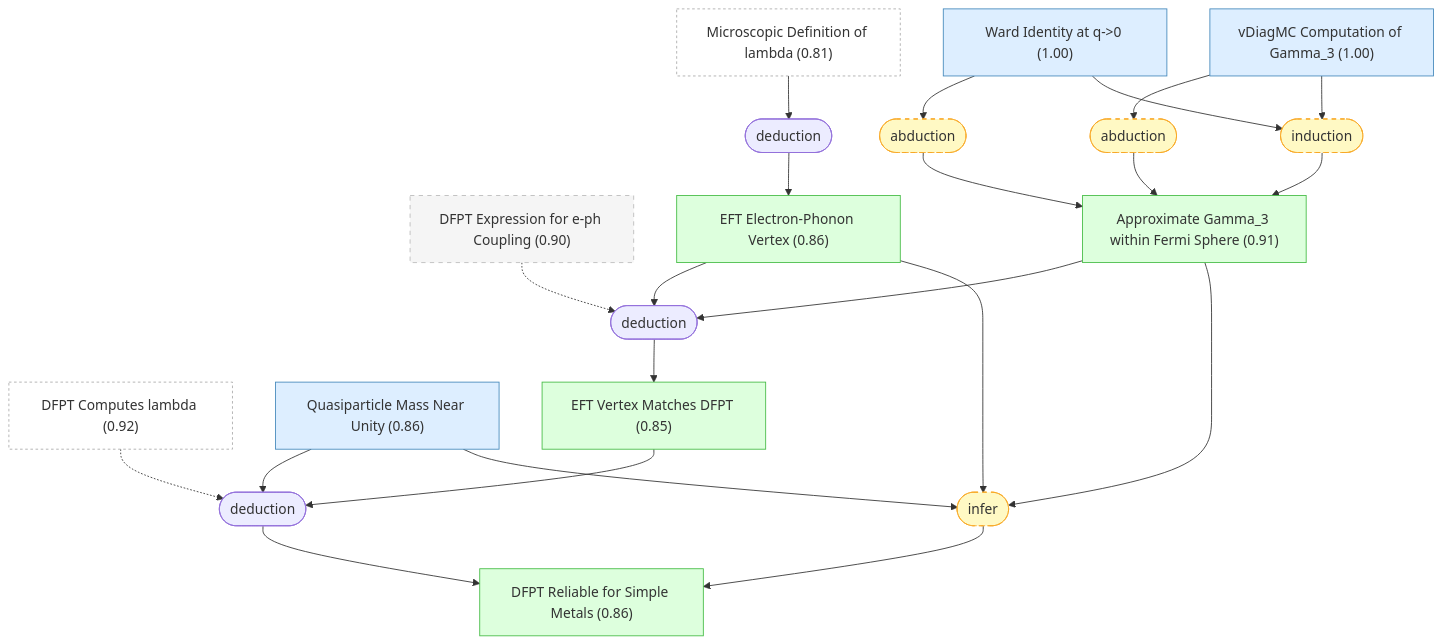
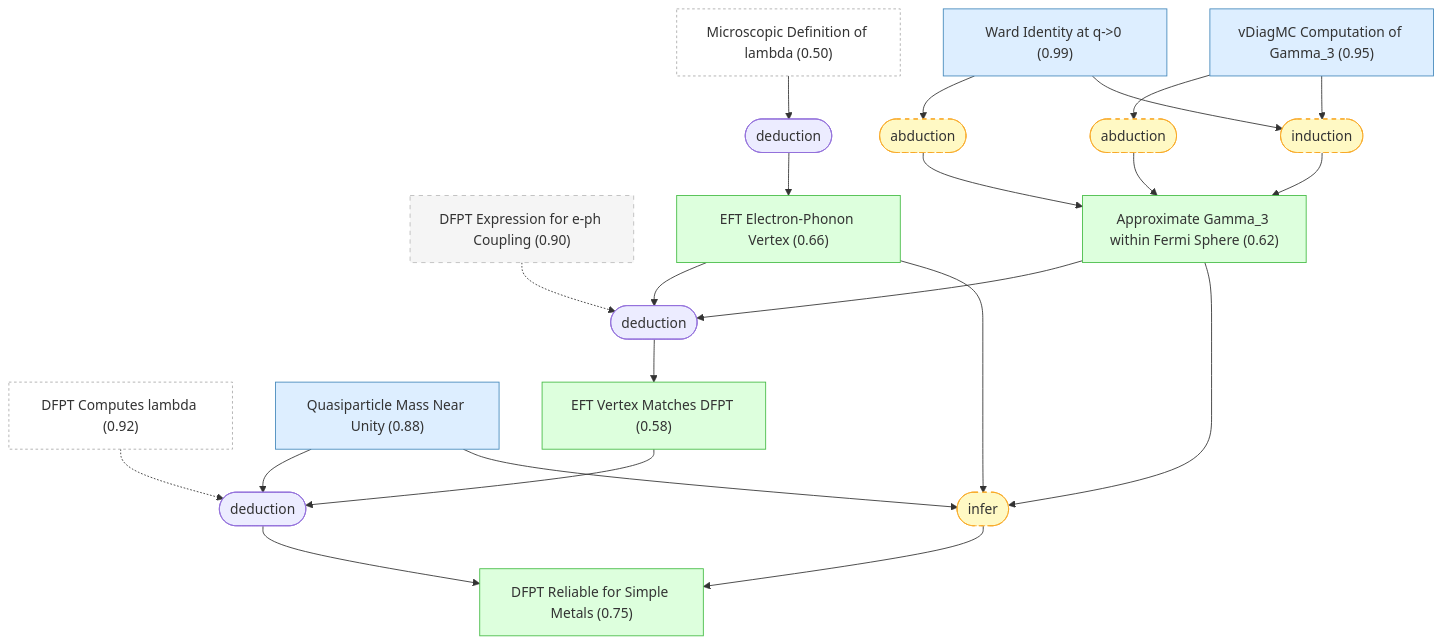
Before and after one commit to kunyuan/SuperconductivityElectronLiquids.gaia: the fifth of 6 diagrams in docs/detailed-reasoning.md, drawn with Mermaid. The commit also changed other lines of this file and 24 other files, not shown here.

````diff
--- a/docs/detailed-reasoning.md
+++ b/docs/detailed-reasoning.md
@@ -598,51 +625,51 @@
 ```mermaid
 graph TD
     dfpt_computes_lambda["DFPT Computes lambda (0.92)"]:::external
-    lambda_microscopic_definition["Microscopic Definition of lambda (0.81)"]:::external
-    ward_identity["Ward Identity at q->0 (1.00)"]:::premise
-    gamma3_vdiagmc["vDiagMC Computation of Gamma_3 (1.00)"]:::premise
+    lambda_microscopic_definition["Microscopic Definition of lambda (0.50)"]:::external
+    ward_identity["Ward Identity at q->0 (0.99)"]:::premise
+    gamma3_vdiagmc["vDiagMC Computation of Gamma_3 (0.95)"]:::premise
     dfpt_eph_ansatz["DFPT Expression for e-ph Coupling (0.90)"]:::background
-    quasiparticle_mass_near_unity["Quasiparticle Mass Near Unity (0.86)"]:::premise
-    eft_eph_vertex["EFT Electron-Phonon Vertex (0.86)"]:::derived
-    gamma3_approximation["Approximate Gamma_3 within Fermi Sphere (0.91)"]:::derived
-    eft_vertex_matches_dfpt["EFT Vertex Matches DFPT (0.85)"]:::derived
-    dfpt_reliable_for_simple_metals["DFPT Reliable for Simple Metals (0.86)"]:::derived
+    quasiparticle_mass_near_unity["Quasiparticle Mass Near Unity (0.88)"]:::premise
+    eft_eph_vertex["EFT Electron-Phonon Vertex (0.66)"]:::derived
+    gamma3_approximation["Approximate Gamma_3 within Fermi Sphere (0.62)"]:::derived
+    eft_vertex_matches_dfpt["EFT Vertex Matches DFPT (0.58)"]:::derived
+    dfpt_reliable_for_simple_metals["DFPT Reliable for Simple Metals (0.75)"]:::derived
     strat_12(["deduction"])
     lambda_microscopic_definition --> strat_12
     strat_12 --> eft_eph_vertex
     strat_13(["abduction"]):::weak
     ward_identity --> strat_13
     strat_13 --> gamma3_approximation
     strat_14(["abduction"]):::weak
     gamma3_vdiagmc --> strat_14
     strat_14 --> gamma3_approximation
     strat_15(["induction"]):::weak
     ward_identity --> strat_15
     gamma3_vdiagmc --> strat_15
     strat_15 --> gamma3_approximation
     strat_16(["deduction"])
     eft_eph_vertex --> strat_16
     gamma3_approximation --> strat_16
     dfpt_eph_ansatz -.-> strat_16
     strat_16 --> eft_vertex_matches_dfpt
     strat_17(["deduction"])
     eft_vertex_matches_dfpt --> strat_17
     quasiparticle_mass_near_unity --> strat_17
     dfpt_computes_lambda -.-> strat_17
     strat_17 --> dfpt_reliable_for_simple_metals
     strat_18(["infer"]):::weak
     eft_eph_vertex --> strat_18
     gamma3_approximation --> strat_18
     quasiparticle_mass_near_unity --> strat_18
     strat_18 --> dfpt_reliable_for_simple_metals
 
     classDef setting fill:#f0f0f0,stroke:#999,color:#333
     classDef premise fill:#ddeeff,stroke:#4488bb,color:#333
     classDef derived fill:#ddffdd,stroke:#44bb44,color:#333
     classDef question fill:#fff3dd,stroke:#cc9944,color:#333
     classDef background fill:#f5f5f5,stroke:#bbb,stroke-dasharray: 5 5,color:#333
     classDef orphan fill:#fff,stroke:#ccc,stroke-dasharray: 5 5,color:#333
     classDef external fill:#fff,stroke:#aaa,stroke-dasharray: 3 3,color:#333
     classDef weak fill:#fff9c4,stroke:#f9a825,stroke-dasharray: 5 5,color:#333
     classDef contra fill:#ffebee,stroke:#c62828,color:#333
 ```
````
